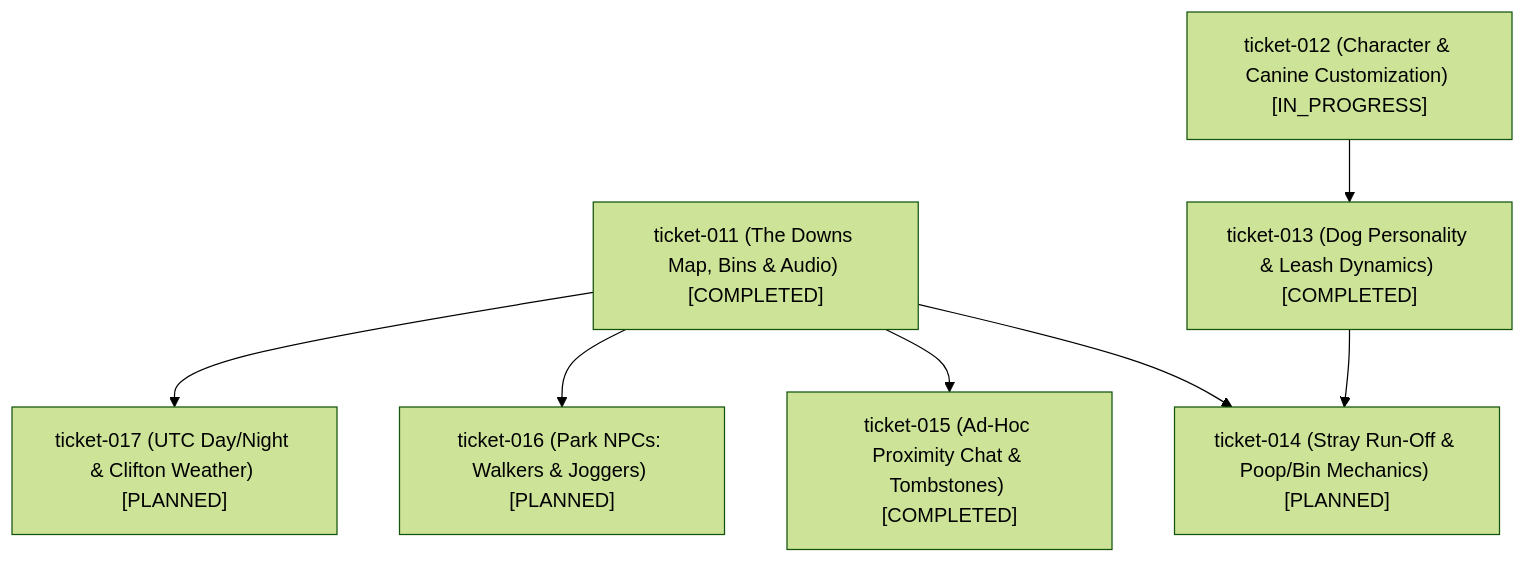
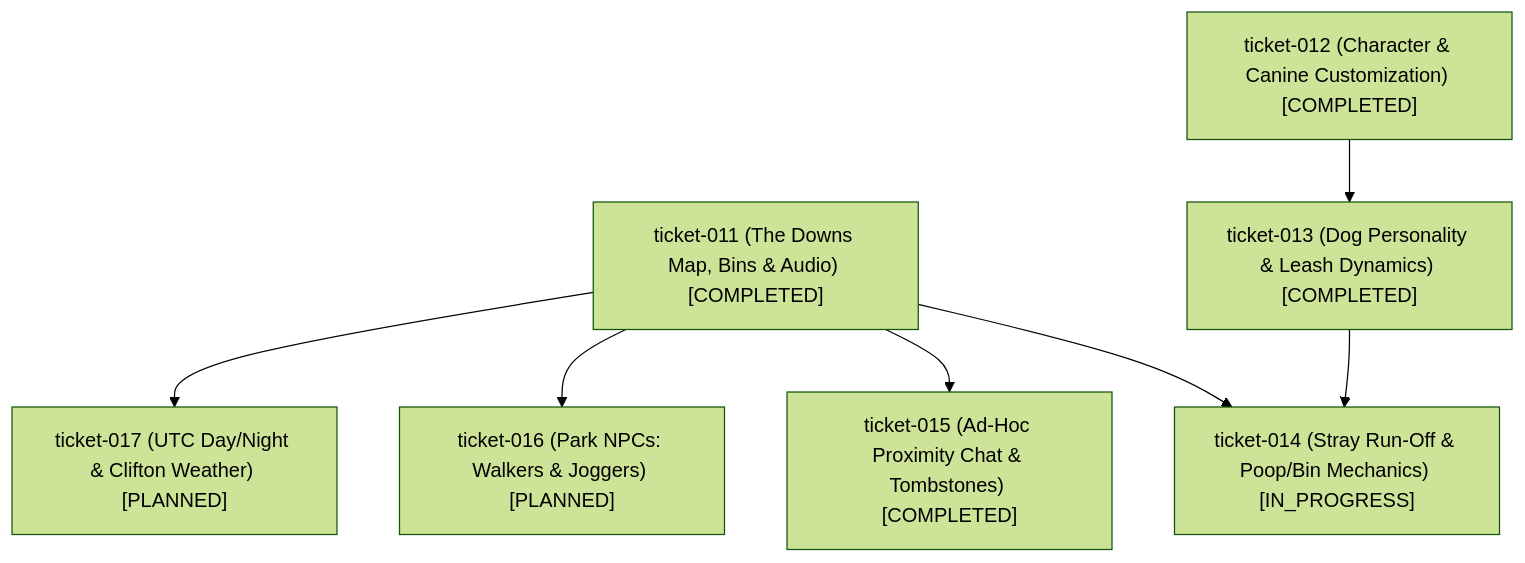
One commit to MACourtney7/virtual-dog-walker changed the diagram in openspec/roadmaps/the-downs.md. Above: the diagram before and after it, drawn with Mermaid (forest theme). The commit also changed other lines of this file, not shown here.

Commit message:
docs(roadmap): mark ticket-014 as IN_PROGRESS

````diff
--- a/openspec/roadmaps/the-downs.md
+++ b/openspec/roadmaps/the-downs.md
@@ -40,17 +40,17 @@
 ```mermaid
 flowchart TD
     T011["ticket-011 (The Downs Map, Bins & Audio) [COMPLETED]"]
-    T012["ticket-012 (Character & Canine Customization) [IN_PROGRESS]"]
+    T012["ticket-012 (Character & Canine Customization) [COMPLETED]"]
     T013["ticket-013 (Dog Personality & Leash Dynamics) [COMPLETED]"]
-    T014["ticket-014 (Stray Run-Off & Poop/Bin Mechanics) [PLANNED]"]
+    T014["ticket-014 (Stray Run-Off & Poop/Bin Mechanics) [IN_PROGRESS]"]
     T015["ticket-015 (Ad-Hoc Proximity Chat & Tombstones) [COMPLETED]"]
     T016["ticket-016 (Park NPCs: Walkers & Joggers) [PLANNED]"]
     T017["ticket-017 (UTC Day/Night & Clifton Weather) [PLANNED]"]
 
     T012 --> T013
     T011 --> T014
     T013 --> T014
     T011 --> T015
     T011 --> T016
     T011 --> T017
 ```
````
